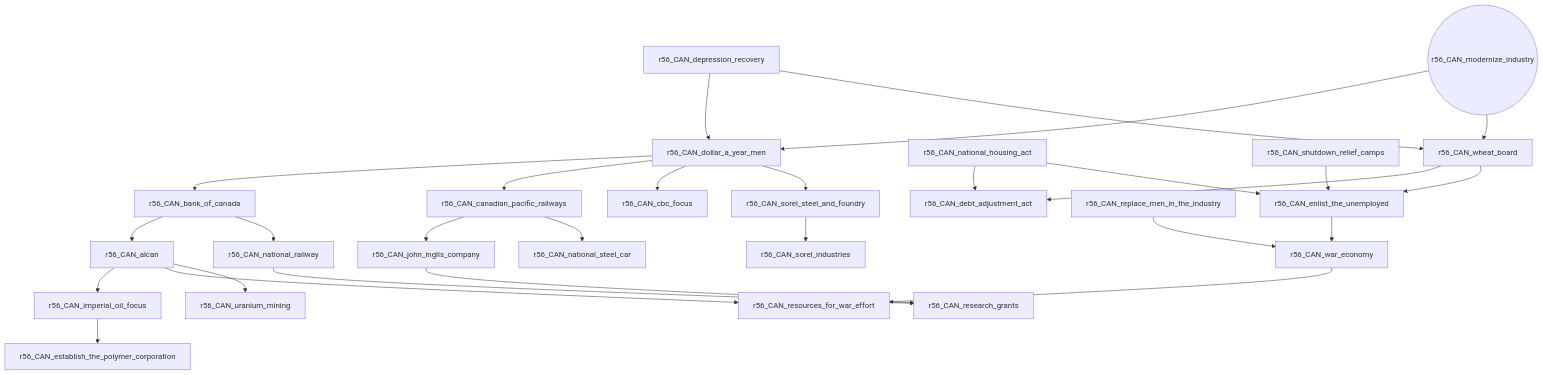
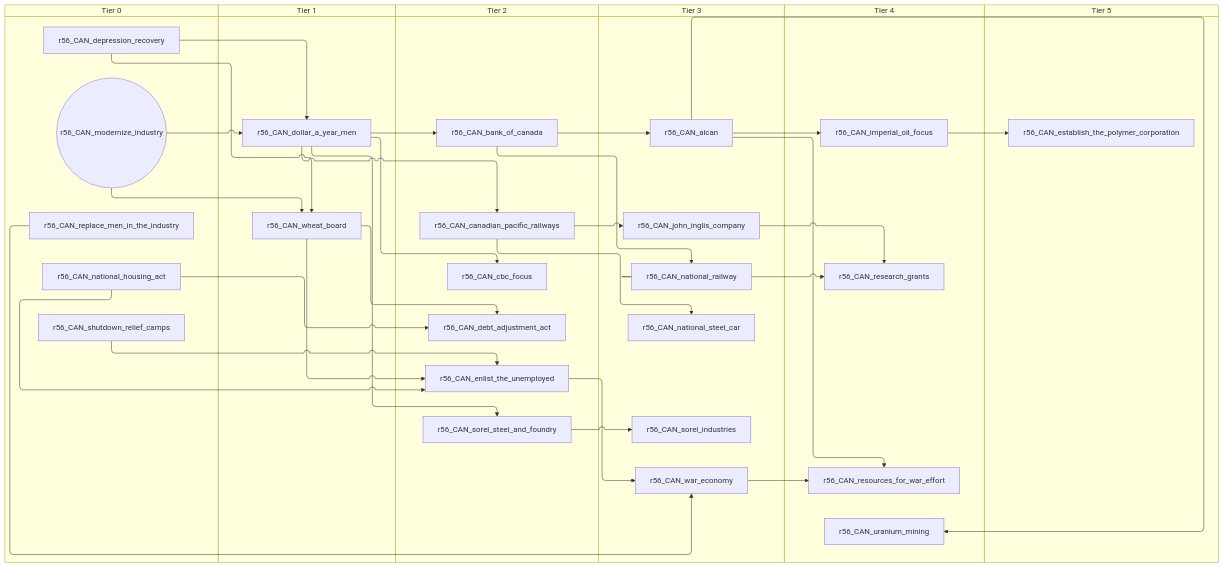
The fifth of 11 diagrams in docs/gdd/National Focuses/canada.md (evgeny-sobol/hoi4-sandbox-mode-r56), drawn with Mermaid before and after one commit. The commit also changed other lines of this file and 423 other files, not shown here.

First line of the commit message:
Re-export Rt56 focus trees as swimlane diagrams

````diff
--- a/docs/gdd/National Focuses/canada.md
+++ b/docs/gdd/National Focuses/canada.md
@@ -525,54 +589,66 @@
 ```mermaid
-flowchart TD
-    n19["r56_CAN_alcan"]
-    n20["r56_CAN_bank_of_canada"]
-    n21["r56_CAN_canadian_pacific_railways"]
-    n22["r56_CAN_cbc_focus"]
-    n23["r56_CAN_debt_adjustment_act"]
-    n24["r56_CAN_depression_recovery"]
-    n25["r56_CAN_dollar_a_year_men"]
-    n26["r56_CAN_enlist_the_unemployed"]
-    n27["r56_CAN_establish_the_polymer_corporation"]
-    n28["r56_CAN_imperial_oil_focus"]
-    n29["r56_CAN_john_inglis_company"]
-    n30(("r56_CAN_modernize_industry"))
-    n31["r56_CAN_national_housing_act"]
-    n32["r56_CAN_national_railway"]
-    n33["r56_CAN_national_steel_car"]
-    n34["r56_CAN_replace_men_in_the_industry"]
-    n35["r56_CAN_research_grants"]
-    n36["r56_CAN_resources_for_war_effort"]
-    n37["r56_CAN_shutdown_relief_camps"]
-    n38["r56_CAN_sorel_industries"]
-    n39["r56_CAN_sorel_steel_and_foundry"]
-    n40["r56_CAN_uranium_mining"]
-    n41["r56_CAN_war_economy"]
-    n42["r56_CAN_wheat_board"]
-    n20 --> n19
-    n25 --> n20
-    n25 --> n21
-    n25 --> n22
-    n31 --> n23
-    n42 --> n23
-    n24 --> n25
-    n30 --> n25
-    n31 --> n26
-    n42 --> n26
-    n37 --> n26
-    n28 --> n27
-    n19 --> n28
-    n21 --> n29
-    n20 --> n32
-    n21 --> n33
-    n29 --> n35
-    n32 --> n35
-    n19 --> n36
-    n41 --> n36
-    n39 --> n38
-    n25 --> n39
-    n19 --> n40
-    n26 --> n41
-    n34 --> n41
-    n30 --> n42
-    n24 --> n42
+swimlane-beta TD
+    subgraph tier_0["Tier 0"]
+        n19["r56_CAN_depression_recovery"]
+        n20(("r56_CAN_modernize_industry"))
+        n23["r56_CAN_national_housing_act"]
+        n21["r56_CAN_replace_men_in_the_industry"]
+        n24["r56_CAN_shutdown_relief_camps"]
+    end
+    subgraph tier_1["Tier 1"]
+        n22["r56_CAN_dollar_a_year_men"]
+        n25["r56_CAN_wheat_board"]
+    end
+    subgraph tier_2["Tier 2"]
+        n26["r56_CAN_bank_of_canada"]
+        n27["r56_CAN_canadian_pacific_railways"]
+        n28["r56_CAN_cbc_focus"]
+        n29["r56_CAN_debt_adjustment_act"]
+        n30["r56_CAN_enlist_the_unemployed"]
+        n31["r56_CAN_sorel_steel_and_foundry"]
+    end
+    subgraph tier_3["Tier 3"]
+        n32["r56_CAN_alcan"]
+        n33["r56_CAN_john_inglis_company"]
+        n34["r56_CAN_national_railway"]
+        n35["r56_CAN_national_steel_car"]
+        n36["r56_CAN_sorel_industries"]
+        n37["r56_CAN_war_economy"]
+    end
+    subgraph tier_4["Tier 4"]
+        n38["r56_CAN_imperial_oil_focus"]
+        n39["r56_CAN_research_grants"]
+        n40["r56_CAN_resources_for_war_effort"]
+        n41["r56_CAN_uranium_mining"]
+    end
+    subgraph tier_5["Tier 5"]
+        n42["r56_CAN_establish_the_polymer_corporation"]
+    end
+    n26 --> n32
+    n22 --> n26
+    n22 --> n27
+    n22 --> n28
+    n23 --> n29
+    n25 --> n29
+    n19 --> n22
+    n20 --> n22
+    n23 --> n30
+    n25 --> n30
+    n24 --> n30
+    n38 --> n42
+    n32 --> n38
+    n27 --> n33
+    n26 --> n34
+    n27 --> n35
+    n33 --> n39
+    n34 --> n39
+    n32 --> n40
+    n37 --> n40
+    n31 --> n36
+    n22 --> n31
+    n32 --> n41
+    n30 --> n37
+    n21 --> n37
+    n20 --> n25
+    n19 --> n25
 ```
````
